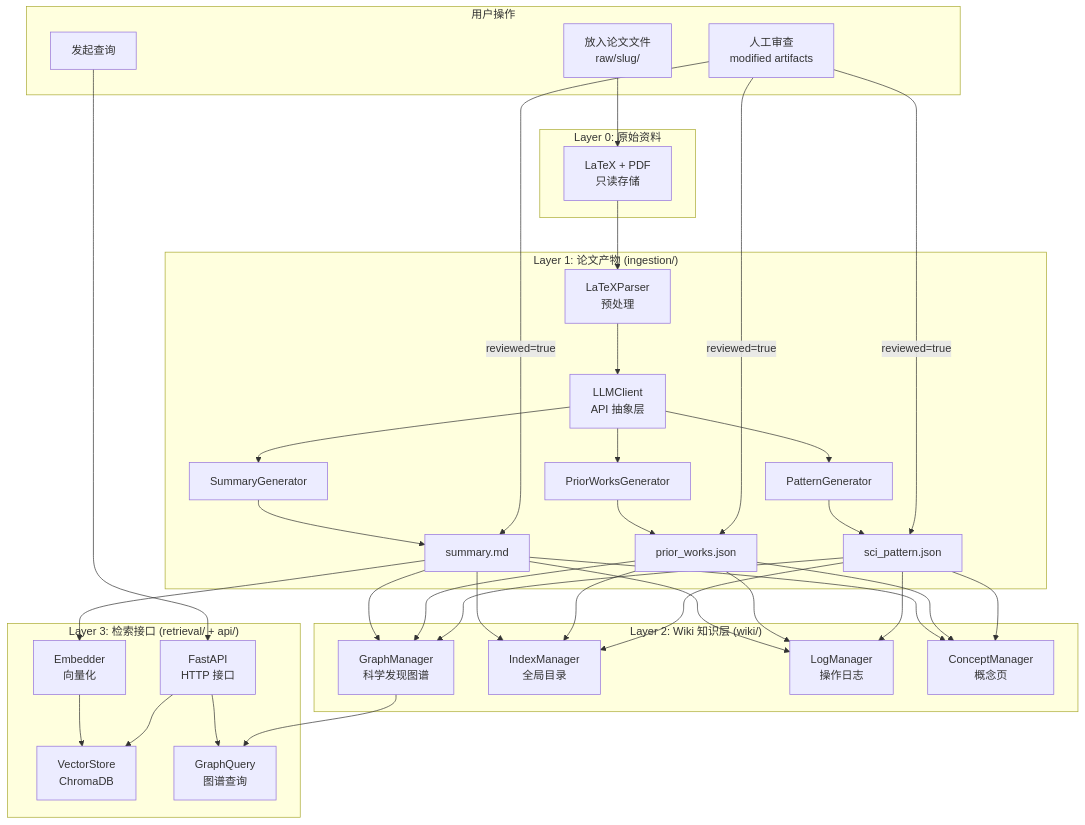
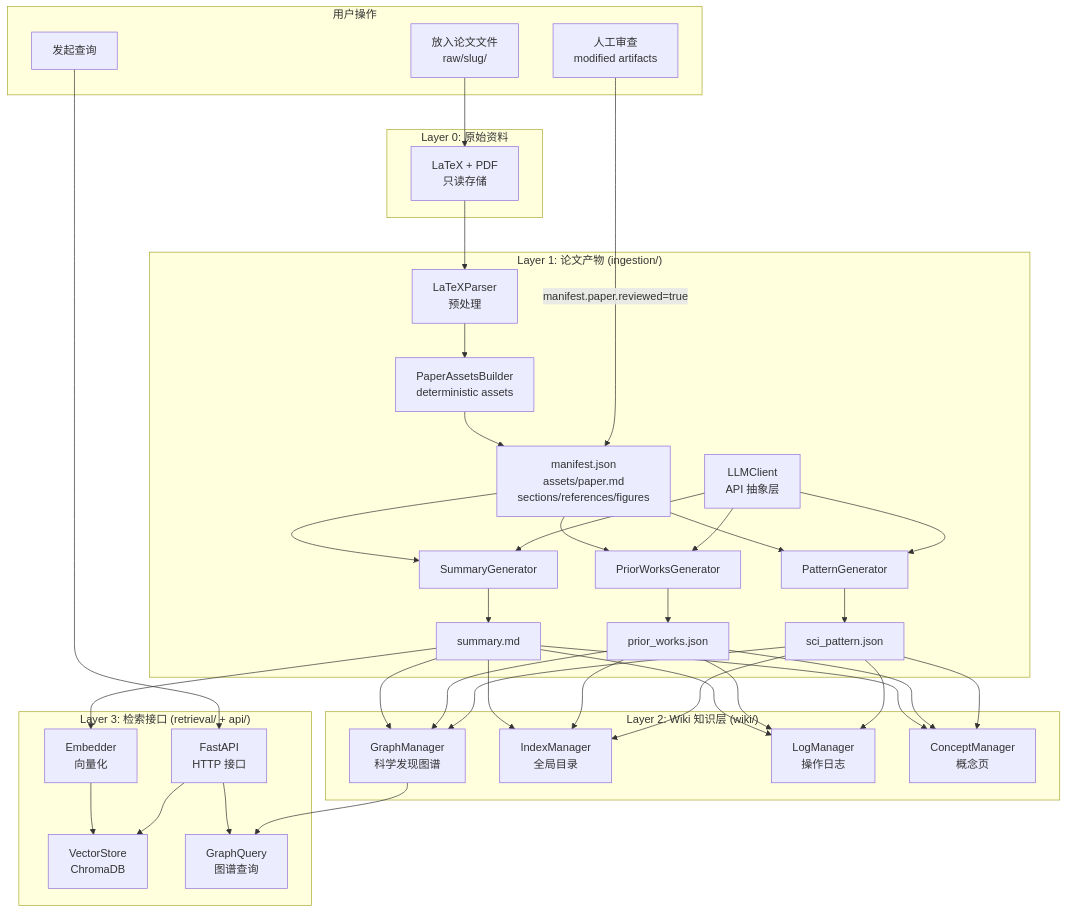
Before and after one commit to Szy5/ResearchWorkSpace: the first of 16 diagrams in docs/Paper-Wiki 技术方案_v1.md, drawn with Mermaid. The commit also changed other lines of this file and 182 other files, not shown here.

````diff
--- a/docs/Paper-Wiki 技术方案_v1.md
+++ b/docs/Paper-Wiki 技术方案_v1.md
@@ -45,55 +50,59 @@
 ```mermaid
 graph TB
     subgraph "用户操作"
         U1[放入论文文件<br/>raw/slug/]
         U2[人工审查<br/>modified artifacts]
         U3[发起查询]
     end
 
     subgraph "Layer 0: 原始资料"
         L0[LaTeX + PDF<br/>只读存储]
     end
 
     subgraph "Layer 1: 论文产物 (ingestion/)"
         LP[LaTeXParser<br/>预处理]
+        AB[PaperAssetsBuilder<br/>deterministic assets]
+        AM[manifest.json<br/>assets/paper.md<br/>sections/references/figures]
         LLM[LLMClient<br/>API 抽象层]
         G1[SummaryGenerator]
         G2[PriorWorksGenerator]
         G3[PatternGenerator]
         A1[summary.md]
         A2[prior_works.json]
         A3[sci_pattern.json]
     end
 
     subgraph "Layer 2: Wiki 知识层 (wiki/)"
         GR[GraphManager<br/>科学发现图谱]
         IDX[IndexManager<br/>全局目录]
         LOG[LogManager<br/>操作日志]
         CON[ConceptManager<br/>概念页]
     end
 
     subgraph "Layer 3: 检索接口 (retrieval/ + api/)"
         EMB[Embedder<br/>向量化]
         VS[VectorStore<br/>ChromaDB]
         GQ[GraphQuery<br/>图谱查询]
         API[FastAPI<br/>HTTP 接口]
     end
 
     U1 --> L0
     L0 --> LP
-    LP --> LLM
+    LP --> AB
+    AB --> AM
+    AM --> G1 & G2 & G3
     LLM --> G1 & G2 & G3
     G1 --> A1
     G2 --> A2
     G3 --> A3
 
-    U2 -->|reviewed=true| A1 & A2 & A3
+    U2 -->|manifest.paper.reviewed=true| AM
 
     A1 & A2 & A3 --> GR & IDX & LOG & CON
     A1 --> EMB
     EMB --> VS
 
     U3 --> API
     API --> VS & GQ
     GR --> GQ
 ```
````
